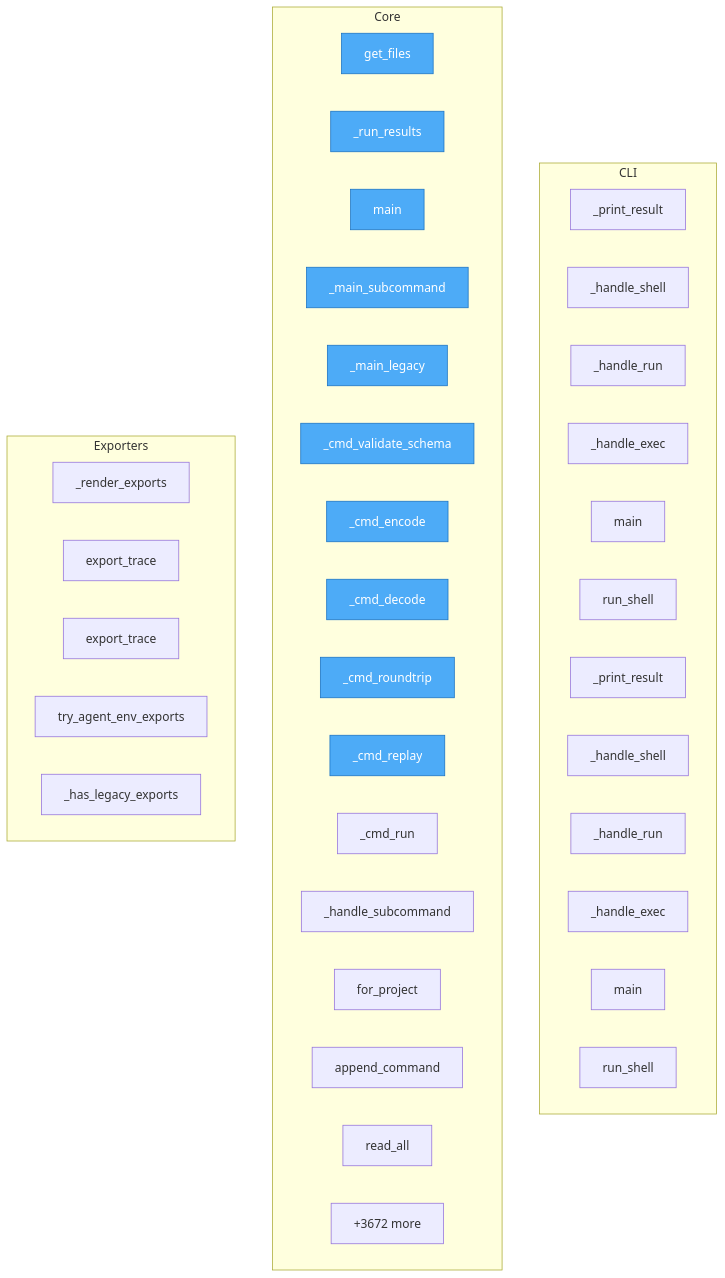
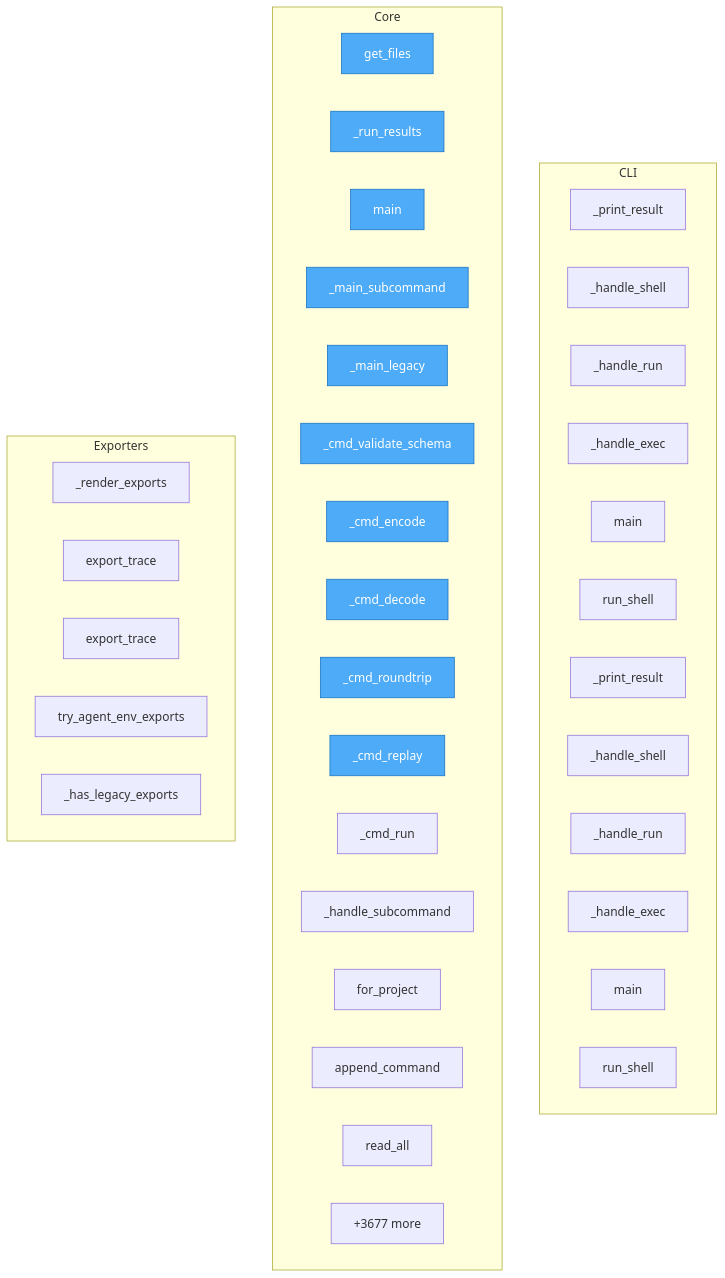
Before and after one commit to semcod/koru: the diagram in project/flow.mmd, drawn with Mermaid. The commit also changed 22 other files, not shown here.

```diff
--- a/project/flow.mmd
+++ b/project/flow.mmd
@@ -1,49 +1,49 @@
 flowchart TD
-%% generated in 0.95s
+%% generated in 1.01s
 
     %% Entry points (blue)
     classDef entry fill:#4dabf7,stroke:#1971c2,color:#fff
 
     subgraph CLI
         packages__cli2koru__src__cli2koru__cli___print_result["_print_result"]
         packages__cli2koru__src__cli2koru__cli___handle_shell["_handle_shell"]
         packages__cli2koru__src__cli2koru__cli___handle_run["_handle_run"]
         packages__cli2koru__src__cli2koru__cli___handle_exec["_handle_exec"]
         packages__cli2koru__src__cli2koru__cli__main["main"]
         packages__cli2koru__src__cli2koru__shell__run_shell["run_shell"]
         packages__cli2coru__src__cli2coru__cli___print_result["_print_result"]
         packages__cli2coru__src__cli2coru__cli___handle_shell["_handle_shell"]
         packages__cli2coru__src__cli2coru__cli___handle_run["_handle_run"]
         packages__cli2coru__src__cli2coru__cli___handle_exec["_handle_exec"]
         packages__cli2coru__src__cli2coru__cli__main["main"]
         packages__cli2coru__src__cli2coru__shell__run_shell["run_shell"]
     end
 
     subgraph Core
         check_dups__get_files["get_files"]
         packages__dsl2koru__src__dsl2koru__cli___run_results["_run_results"]
         packages__dsl2koru__src__dsl2koru__cli__main["main"]
         packages__dsl2koru__src__dsl2koru__cli___main_subcommand["_main_subcommand"]
         packages__dsl2koru__src__dsl2koru__cli___main_legacy["_main_legacy"]
         packages__dsl2koru__src__dsl2koru__cli___cmd_validate_schema["_cmd_validate_schema"]
         packages__dsl2koru__src__dsl2koru__cli___cmd_encode["_cmd_encode"]
         packages__dsl2koru__src__dsl2koru__cli___cmd_decode["_cmd_decode"]
         packages__dsl2koru__src__dsl2koru__cli___cmd_roundtrip["_cmd_roundtrip"]
         packages__dsl2koru__src__dsl2koru__cli___cmd_replay["_cmd_replay"]
         packages__dsl2koru__src__dsl2koru__cli___cmd_run["_cmd_run"]
         packages__dsl2koru__src__dsl2koru__cli___handle_subcommand["_handle_subcommand"]
         packages__dsl2koru__src__dsl2koru__events__EventStore__for_project["for_project"]
         packages__dsl2koru__src__dsl2koru__events__EventStore__append_command["append_command"]
         packages__dsl2koru__src__dsl2koru__events__EventStore__read_all["read_all"]
-        ...["+3672 more"]
+        ...["+3677 more"]
     end
 
     subgraph Exporters
         packages__koruenv__src__koruenv__cli___render_exports["_render_exports"]
         packages__nlpshim__src__nlpshim__conversation_client__ConversationTestClient__export_trace["export_trace"]
         packages__nlpshim__src__nlpshim__conversation_test_api__export_trace["export_trace"]
         src__koru__agent_cli_helpers__try_agent_env_exports["try_agent_env_exports"]
         src__koru__cli___has_legacy_exports["_has_legacy_exports"]
     end
 
     class check_dups__get_files,packages__dsl2koru__src__dsl2koru__cli___run_results,packages__dsl2koru__src__dsl2koru__cli__main,packages__dsl2koru__src__dsl2koru__cli___main_subcommand,packages__dsl2koru__src__dsl2koru__cli___main_legacy,packages__dsl2koru__src__dsl2koru__cli___cmd_validate_schema,packages__dsl2koru__src__dsl2koru__cli___cmd_encode,packages__dsl2koru__src__dsl2koru__cli___cmd_decode,packages__dsl2koru__src__dsl2koru__cli___cmd_roundtrip,packages__dsl2koru__src__dsl2koru__cli___cmd_replay entry
```
